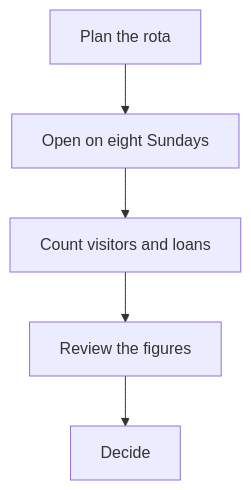
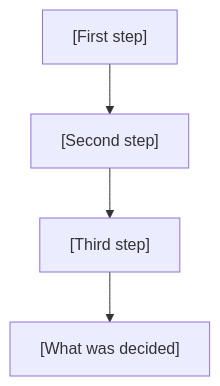
The diagram in modules/tpl-report-briefing.md (benthepsychologist/booklet-registry), drawn with Mermaid before and after one commit. The commit also changed other lines of this file and 12 other files, not shown here.

````diff
--- a/modules/tpl-report-briefing.md
+++ b/modules/tpl-report-briefing.md
@@ -91,7 +77,6 @@
 ```mermaid
 flowchart TD
-  A[Plan the rota] --> B[Open on eight Sundays]
-  B --> C[Count visitors and loans]
-  C --> D[Review the figures]
-  D --> E[Decide]
+  A["[First step]"] --> B["[Second step]"]
+  B --> C["[Third step]"]
+  C --> D["[What was decided]"]
 ```
````
